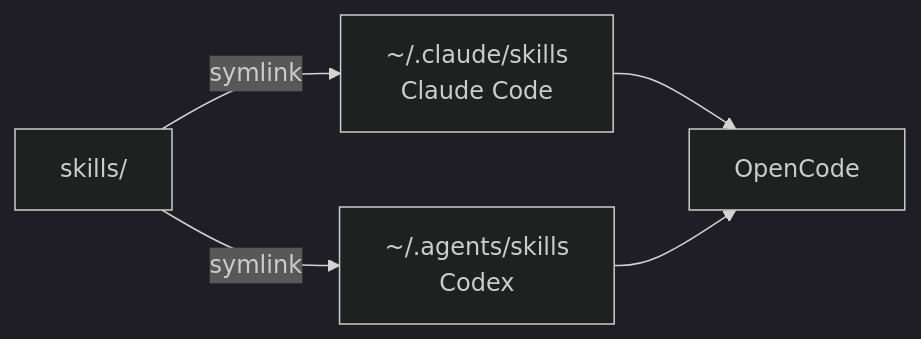
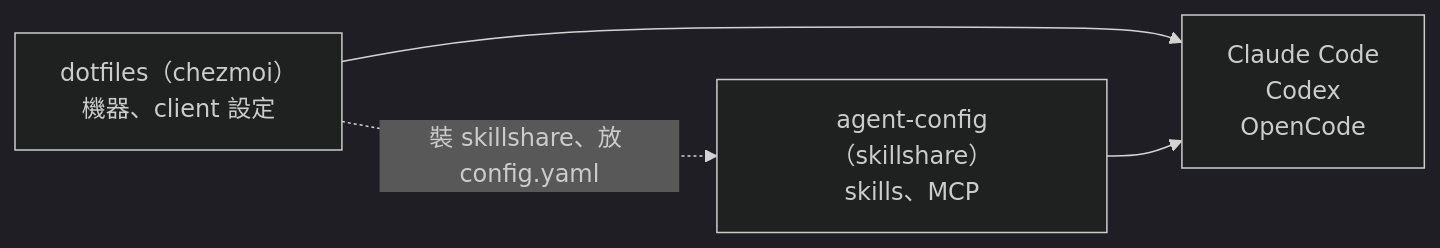
Before and after one commit to henry5720/agent-config: the first of 2 diagrams in README.md, drawn with Mermaid (dark theme). The commit also changed other lines of this file and 2 other files, not shown here.

First line of the commit message:
docs: README 補日常操作,加 CLAUDE.md 與 CONTEXT.md

````diff
--- a/README.md
+++ b/README.md
@@ -23,7 +6,10 @@
 ```mermaid
 flowchart LR
-  skills["skills/"] -- symlink --> claude["~/.claude/skills<br/>Claude Code"]
-  skills -- symlink --> agents["~/.agents/skills<br/>Codex"]
-  claude --> opencode["OpenCode"]
-  agents --> opencode
+  dotfiles["dotfiles（chezmoi）<br/>機器、client 設定"]
+  here["agent-config（skillshare）<br/>skills、MCP"]
+  clients["Claude Code<br/>Codex<br/>OpenCode"]
+
+  dotfiles --> clients
+  here --> clients
+  dotfiles -. "裝 skillshare、放 config.yaml" .-> here
 ```
````
